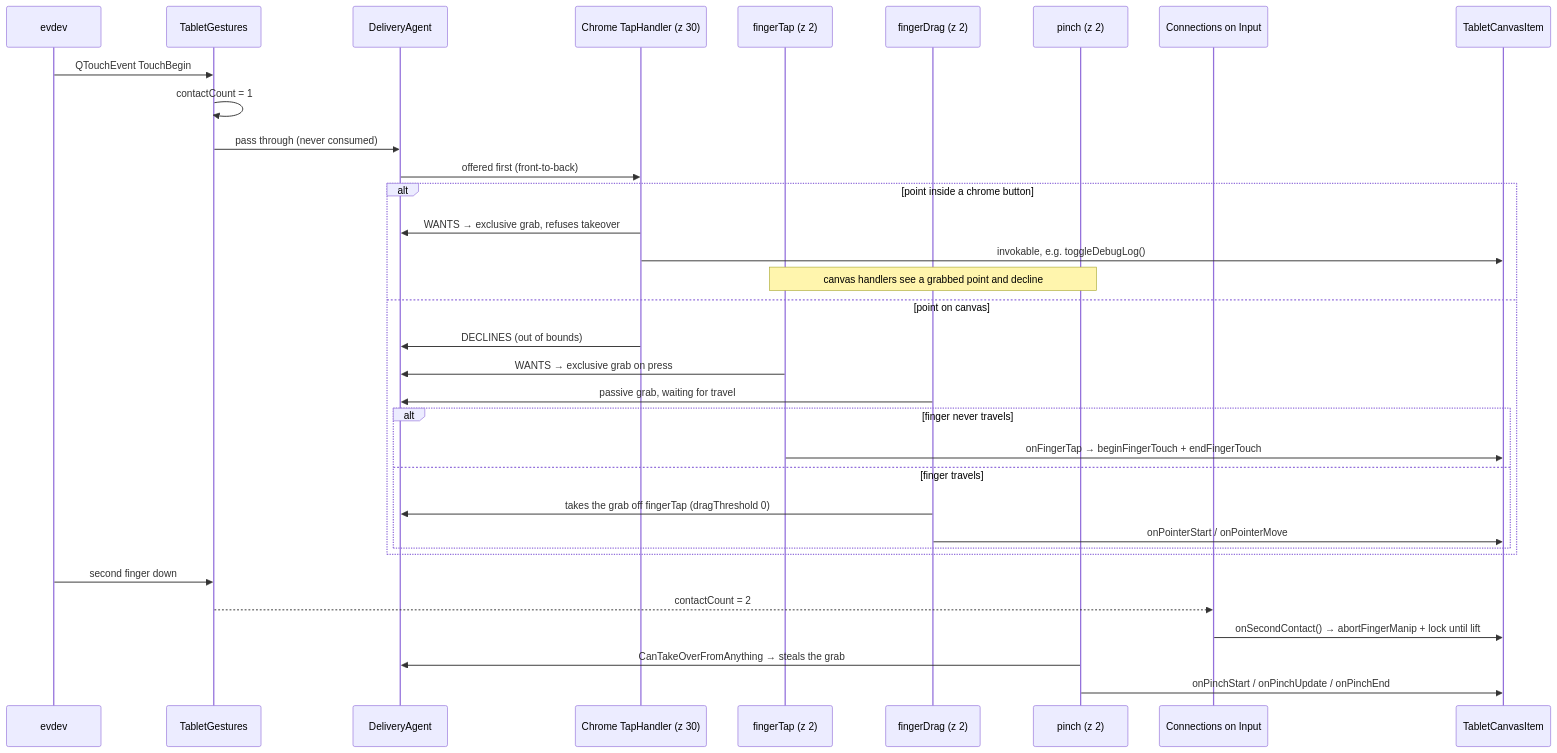
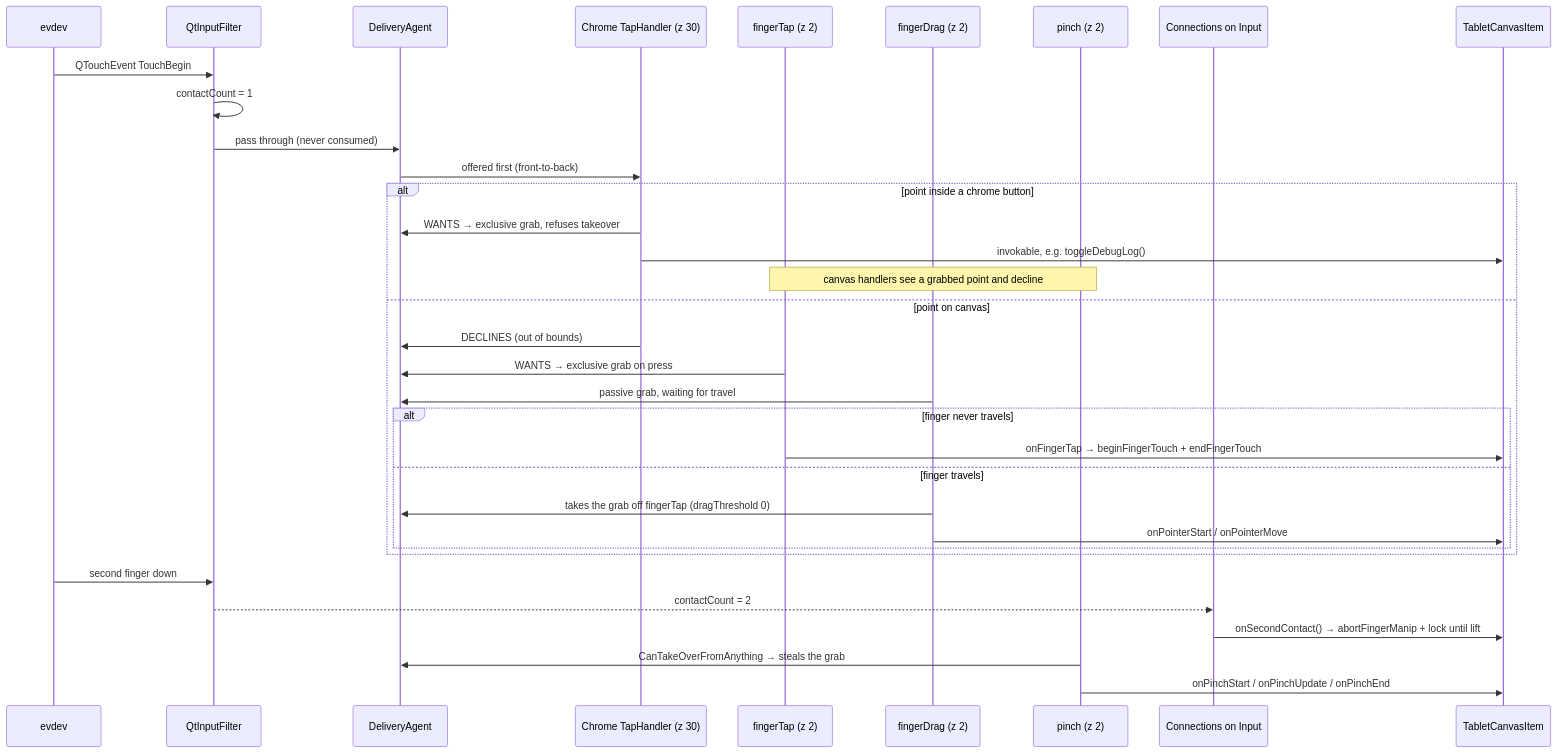
Before and after one commit to hoaidv/reawa: the third of 4 diagrams in .docs/modules/epaper/features/event-system/event-flow.md, drawn with Mermaid. The commit also changed other lines of this file and 28 other files, not shown here.

````diff
--- a/.docs/modules/epaper/features/event-system/event-flow.md
+++ b/.docs/modules/epaper/features/event-system/event-flow.md
@@ -157,36 +172,36 @@
 ```mermaid
 sequenceDiagram
   participant K as evdev
-  participant F as TabletGestures
+  participant F as QtInputFilter
   participant A as DeliveryAgent
   participant B as Chrome TapHandler (z 30)
   participant T as fingerTap (z 2)
   participant D as fingerDrag (z 2)
   participant P as pinch (z 2)
   participant Q as Connections on Input
   participant C as TabletCanvasItem
   K->>F: QTouchEvent TouchBegin
   F->>F: contactCount = 1
   F->>A: pass through (never consumed)
   A->>B: offered first (front-to-back)
   alt point inside a chrome button
     B->>A: WANTS → exclusive grab, refuses takeover
     B->>C: invokable, e.g. toggleDebugLog()
     Note over T,P: canvas handlers see a grabbed point and decline
   else point on canvas
     B->>A: DECLINES (out of bounds)
     T->>A: WANTS → exclusive grab on press
     D->>A: passive grab, waiting for travel
     alt finger never travels
       T->>C: onFingerTap → beginFingerTouch + endFingerTouch
     else finger travels
       D->>A: takes the grab off fingerTap (dragThreshold 0)
       D->>C: onPointerStart / onPointerMove
     end
   end
   K->>F: second finger down
   F-->>Q: contactCount = 2
   Q->>C: onSecondContact() → abortFingerManip + lock until lift
   P->>A: CanTakeOverFromAnything → steals the grab
   P->>C: onPinchStart / onPinchUpdate / onPinchEnd
 ```
````
